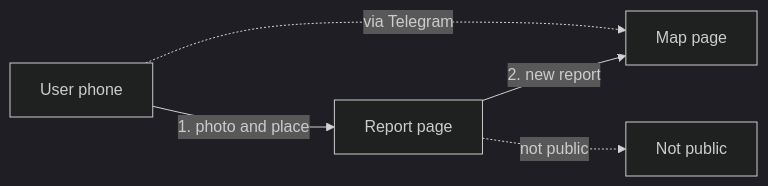
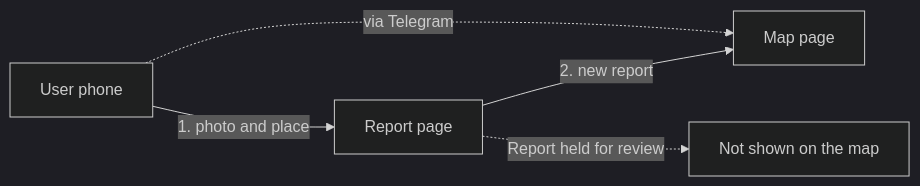
The diagram in skills/plain-explain/examples/out/street-reports-report-flow.product.md (skad0/skills), drawn with Mermaid (dark theme) before and after one commit. The commit also changed other lines of this file and 14 other files, not shown here.

````diff
--- a/skills/plain-explain/examples/out/street-reports-report-flow.product.md
+++ b/skills/plain-explain/examples/out/street-reports-report-flow.product.md
@@ -5,11 +5,11 @@
 ```mermaid
 flowchart LR
   phone["User phone"]
   page["Report page"]
   map["Map page"]
-  held["Not public"]
+  held["Not shown on the map"]
   phone -->|"1. photo and place"| page
   phone -.->|"via Telegram"| map
   page -->|"2. new report"| map
-  page -.->|"not public"| held
+  page -.->|"Report held for review"| held
 ```
````
